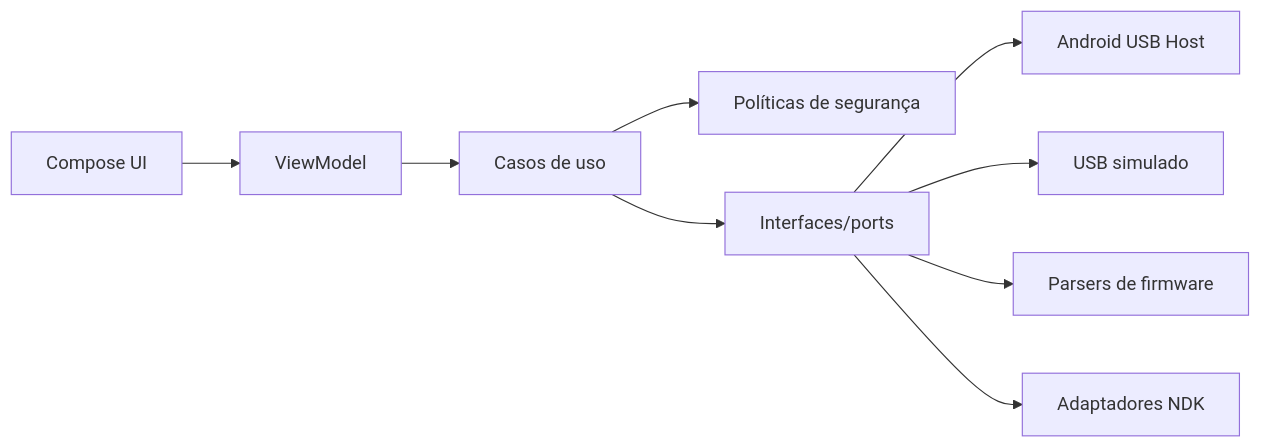
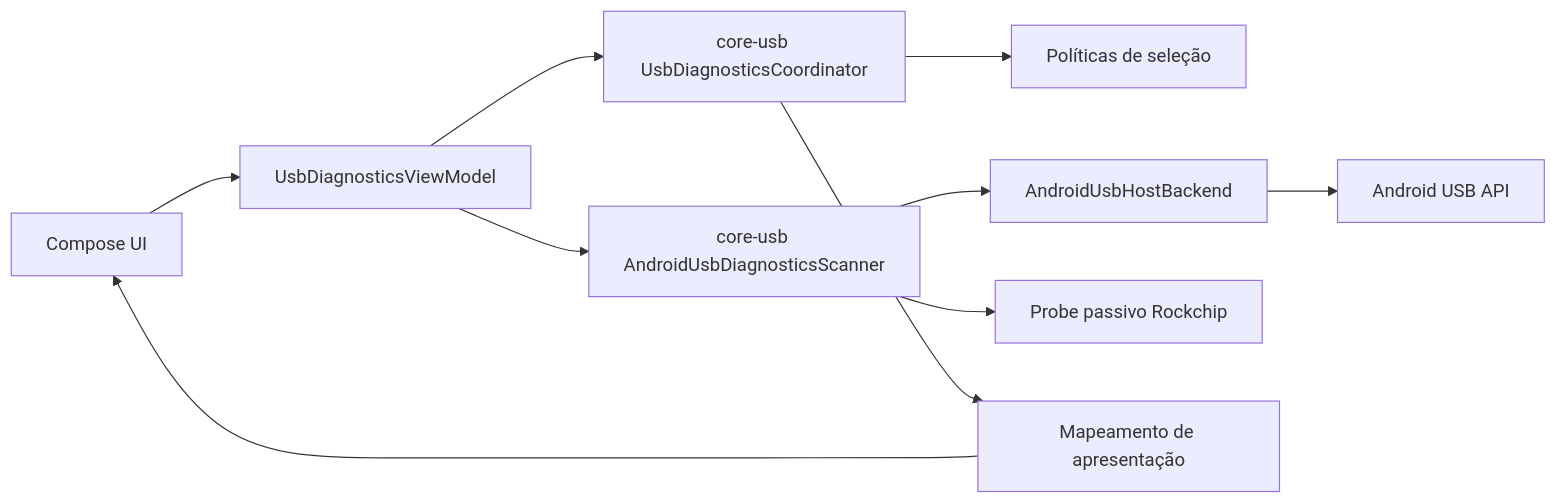
One commit to itayson/Rockservice-mobile changed the first of 5 diagrams in docs/ARCHITECTURE.md. Above: the diagram before and after it, drawn with Mermaid. The commit also changed other lines of this file, not shown here.

Commit message:
docs: document core USB diagnostics coordination

````diff
--- a/docs/ARCHITECTURE.md
+++ b/docs/ARCHITECTURE.md
@@ -13,11 +20,12 @@
 ```mermaid
 flowchart LR
-  UI[Compose UI] --> VM[ViewModel]
-  VM --> UC[Casos de uso]
-  UC --> POL[Políticas de segurança]
-  UC --> PORT[Interfaces/ports]
-  PORT --> USB[Android USB Host]
-  PORT --> SIM[USB simulado]
-  PORT --> FW[Parsers de firmware]
-  PORT --> NDK[Adaptadores NDK]
+  UI[Compose UI] --> VM[UsbDiagnosticsViewModel]
+  VM --> COORD[core-usb UsbDiagnosticsCoordinator]
+  VM --> SCAN[core-usb AndroidUsbDiagnosticsScanner]
+  COORD --> POL[Políticas de seleção]
+  SCAN --> USB[AndroidUsbHostBackend]
+  SCAN --> PROBE[Probe passivo Rockchip]
+  USB --> API[Android USB API]
+  COORD --> MAP[Mapeamento de apresentação]
+  MAP --> UI
 ```
````
